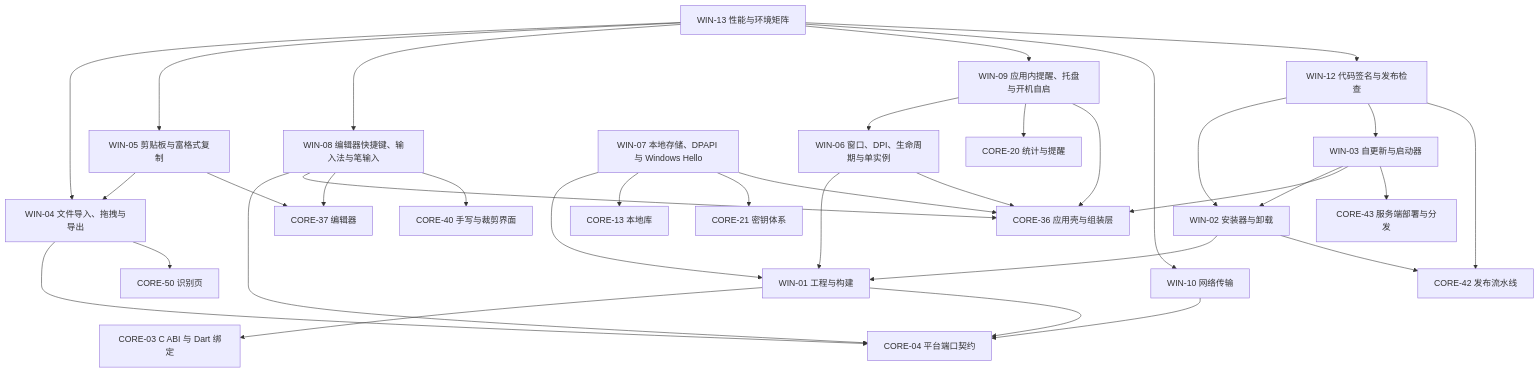
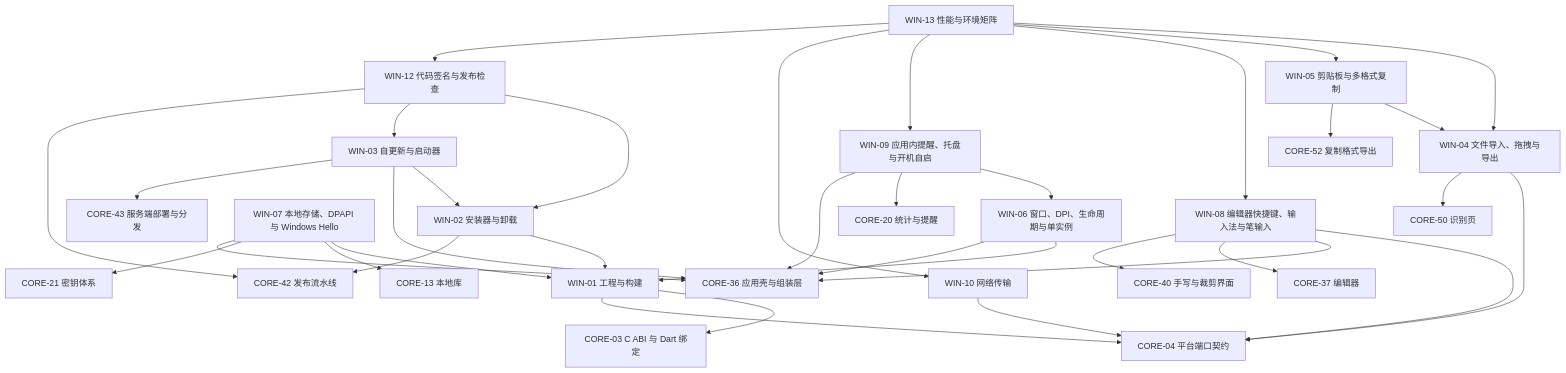
One commit to VividVeneto/BubeiGongshi changed the diagram in SADD/03-Windows端-v5.md. Above: the diagram before and after it, drawn with Mermaid. The commit also changed other lines of this file and 5 other files, not shown here.

````diff
--- a/SADD/03-Windows端-v5.md
+++ b/SADD/03-Windows端-v5.md
@@ -23,60 +23,61 @@
 ```mermaid
 graph TD
   W01["WIN-01 工程与构建"]
   W02["WIN-02 安装器与卸载"]
   W03["WIN-03 自更新与启动器"]
   W04["WIN-04 文件导入、拖拽与导出"]
-  W05["WIN-05 剪贴板与富格式复制"]
+  W05["WIN-05 剪贴板与多格式复制"]
   W06["WIN-06 窗口、DPI、生命周期与单实例"]
   W07["WIN-07 本地存储、DPAPI 与 Windows Hello"]
   W08["WIN-08 编辑器快捷键、输入法与笔输入"]
   W09["WIN-09 应用内提醒、托盘与开机自启"]
   W10["WIN-10 网络传输"]
   W12["WIN-12 代码签名与发布检查"]
   W13["WIN-13 性能与环境矩阵"]
   C03["CORE-03 C ABI 与 Dart 绑定"]
   C04["CORE-04 平台端口契约"]
   C13["CORE-13 本地库"]
   C20["CORE-20 统计与提醒"]
   C21["CORE-21 密钥体系"]
   C36["CORE-36 应用壳与组装层"]
   C37["CORE-37 编辑器"]
+  C52["CORE-52 复制格式导出"]
   C40["CORE-40 手写与裁剪界面"]
   C42["CORE-42 发布流水线"]
   C43["CORE-43 服务端部署与分发"]
   C50["CORE-50 识别页"]
   W01 --> C03
   W01 --> C04
   W02 --> W01
   W02 --> C42
   W03 --> W02
   W03 --> C36
   W03 --> C43
   W04 --> C04
   W04 --> C50
   W05 --> W04
-  W05 --> C37
+  W05 --> C52
   W06 --> W01
   W06 --> C36
   W07 --> W01
   W07 --> C13
   W07 --> C21
   W07 --> C36
   W08 --> C04
   W08 --> C36
   W08 --> C37
   W08 --> C40
   W09 --> W06
   W09 --> C20
   W09 --> C36
   W10 --> C04
   W12 --> W02
   W12 --> W03
   W12 --> C42
   W13 --> W04
   W13 --> W05
   W13 --> W08
   W13 --> W09
   W13 --> W10
   W13 --> W12
 ```
````
